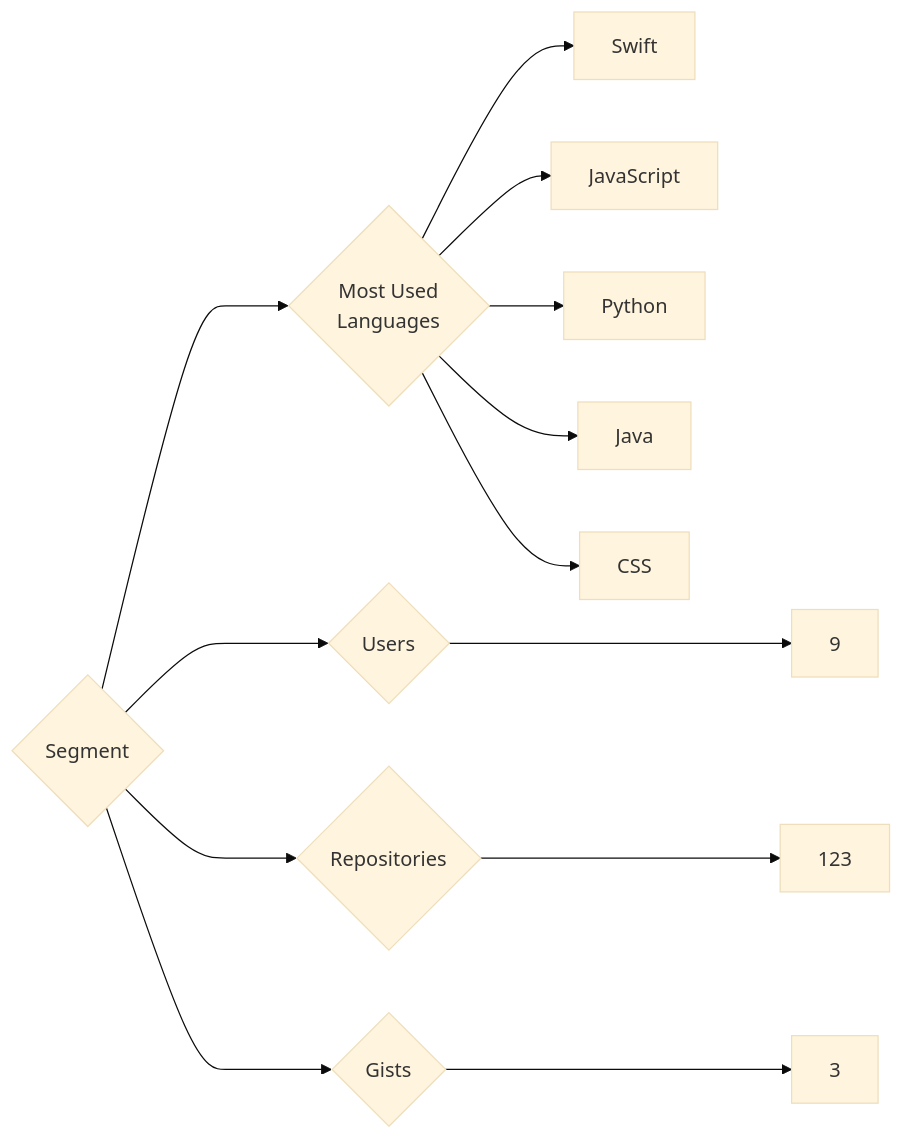
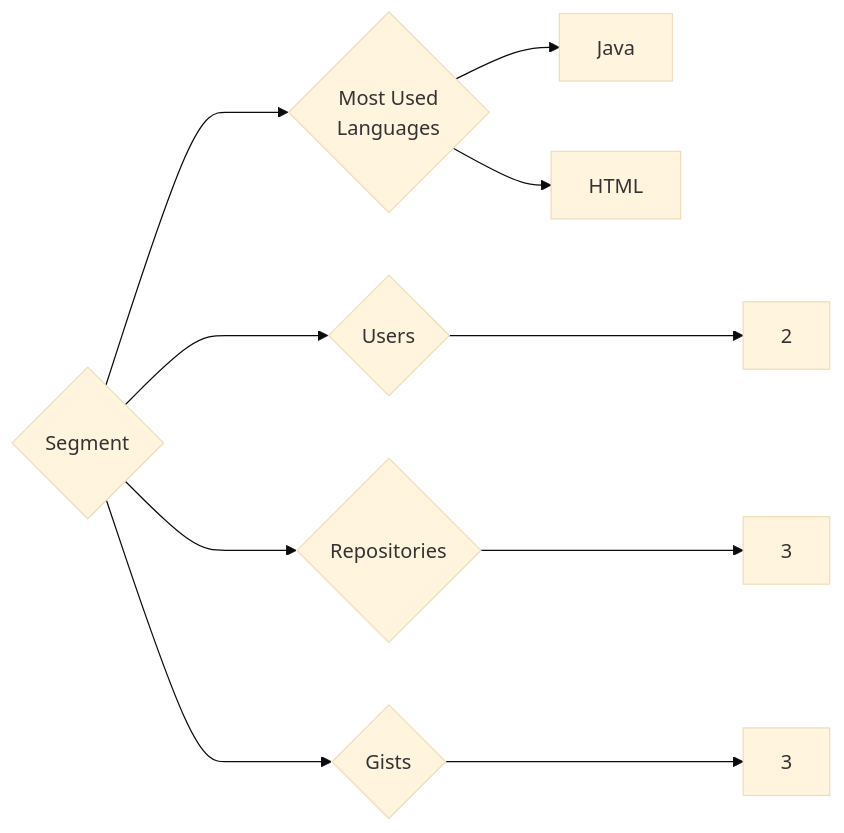
One commit to trickest/insiders changed the diagram in targets/Segment/README.md. Above: the diagram before and after it, drawn with Mermaid (base theme). The commit also changed 976 other files, not shown here.

````diff
--- a/targets/Segment/README.md
+++ b/targets/Segment/README.md
@@ -3,13 +3,10 @@
 ```mermaid
 graph LR
 COMPANY_NAME{Segment}
-COMPANY_NAME ---> U{Users} ---> UN[9]
-COMPANY_NAME ---> R{Repositories} ---> RN[123]
+COMPANY_NAME ---> U{Users} ---> UN[2]
+COMPANY_NAME ---> R{Repositories} ---> RN[3]
 COMPANY_NAME ---> G{Gists} ---> GN[3]
 COMPANY_NAME ---> ML{Most Used<br>Languages}
-ML --> Swift[Swift]
-ML --> JavaScript[JavaScript]
-ML --> Python[Python]
 ML --> Java[Java]
-ML --> CSS[CSS]
+ML --> HTML[HTML]
 ```
````
